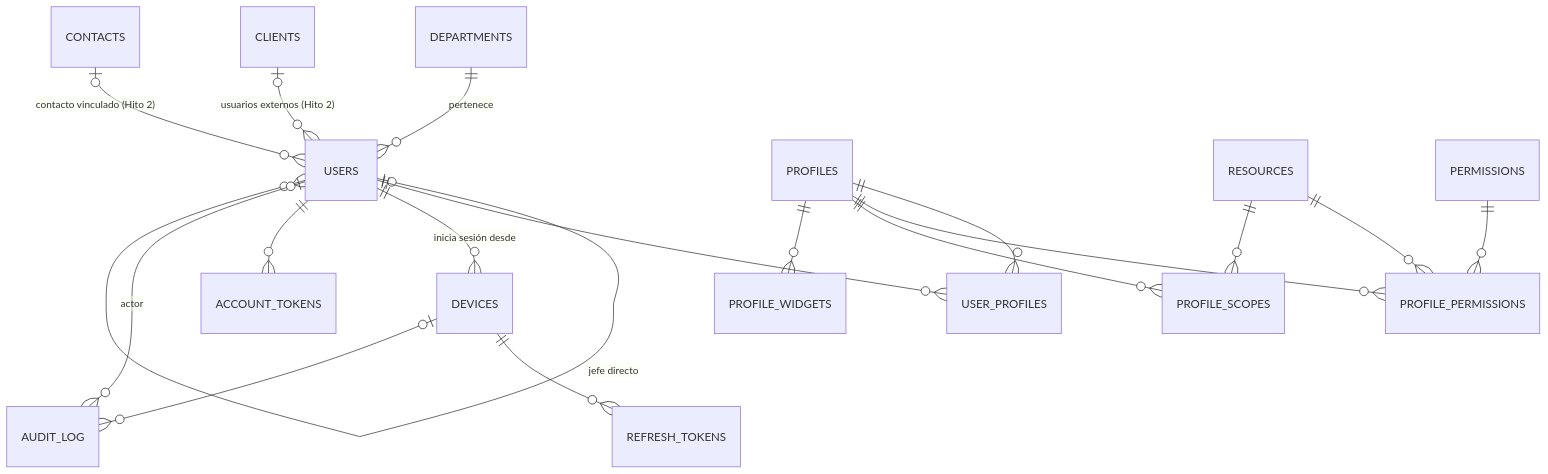
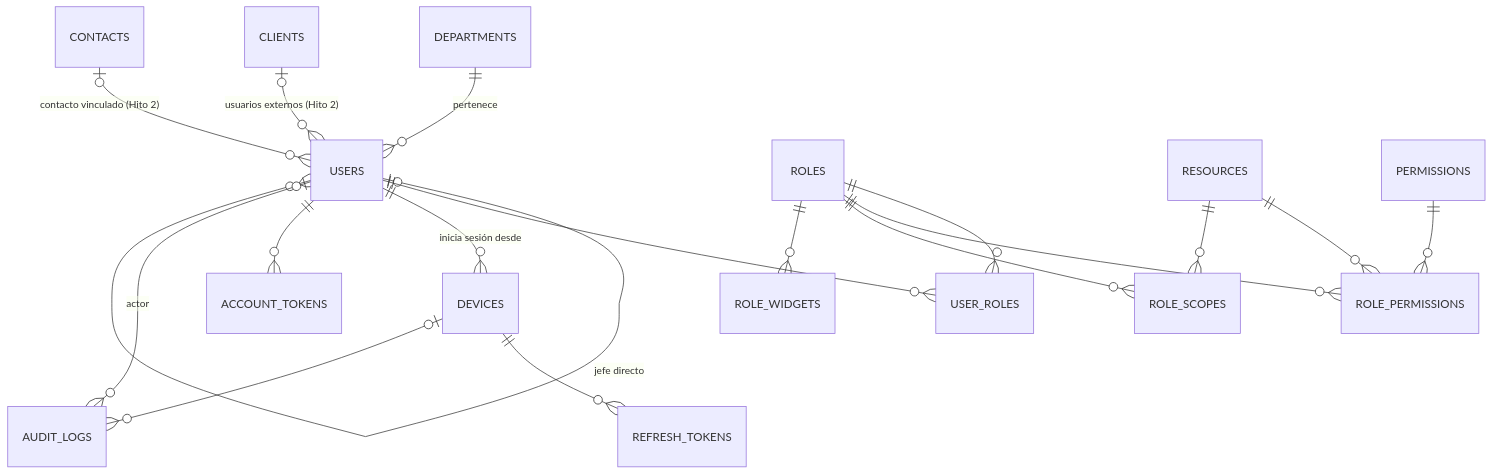
The diagram in docs/arquitectura/erd/01-fundaciones.md (rudypalacios/soltec), drawn with Mermaid before and after one commit. The commit also changed other lines of this file and 4 other files, not shown here.

First line of the commit message:
Alinea el ERD y los ADR con el glosario; actualiza el glosario con las decisiones nuevas

````diff
--- a/docs/arquitectura/erd/01-fundaciones.md
+++ b/docs/arquitectura/erd/01-fundaciones.md
@@ -7,20 +7,20 @@
 ```mermaid
 erDiagram
     DEPARTMENTS ||--o{ USERS : "pertenece"
     USERS |o--o{ USERS : "jefe directo"
     CLIENTS |o--o{ USERS : "usuarios externos (Hito 2)"
     CONTACTS |o--o{ USERS : "contacto vinculado (Hito 2)"
-    USERS ||--o{ USER_PROFILES : ""
-    PROFILES ||--o{ USER_PROFILES : ""
-    PROFILES ||--o{ PROFILE_PERMISSIONS : ""
-    RESOURCES ||--o{ PROFILE_PERMISSIONS : ""
-    PERMISSIONS ||--o{ PROFILE_PERMISSIONS : ""
-    PROFILES ||--o{ PROFILE_SCOPES : ""
-    RESOURCES ||--o{ PROFILE_SCOPES : ""
-    PROFILES ||--o{ PROFILE_WIDGETS : ""
+    USERS ||--o{ USER_ROLES : ""
+    ROLES ||--o{ USER_ROLES : ""
+    ROLES ||--o{ ROLE_PERMISSIONS : ""
+    RESOURCES ||--o{ ROLE_PERMISSIONS : ""
+    PERMISSIONS ||--o{ ROLE_PERMISSIONS : ""
+    ROLES ||--o{ ROLE_SCOPES : ""
+    RESOURCES ||--o{ ROLE_SCOPES : ""
+    ROLES ||--o{ ROLE_WIDGETS : ""
     USERS ||--o{ DEVICES : "inicia sesión desde"
     DEVICES ||--o{ REFRESH_TOKENS : ""
     USERS ||--o{ ACCOUNT_TOKENS : ""
-    USERS |o--o{ AUDIT_LOG : "actor"
-    DEVICES |o--o{ AUDIT_LOG : ""
+    USERS |o--o{ AUDIT_LOGS : "actor"
+    DEVICES |o--o{ AUDIT_LOGS : ""
 ```
````
